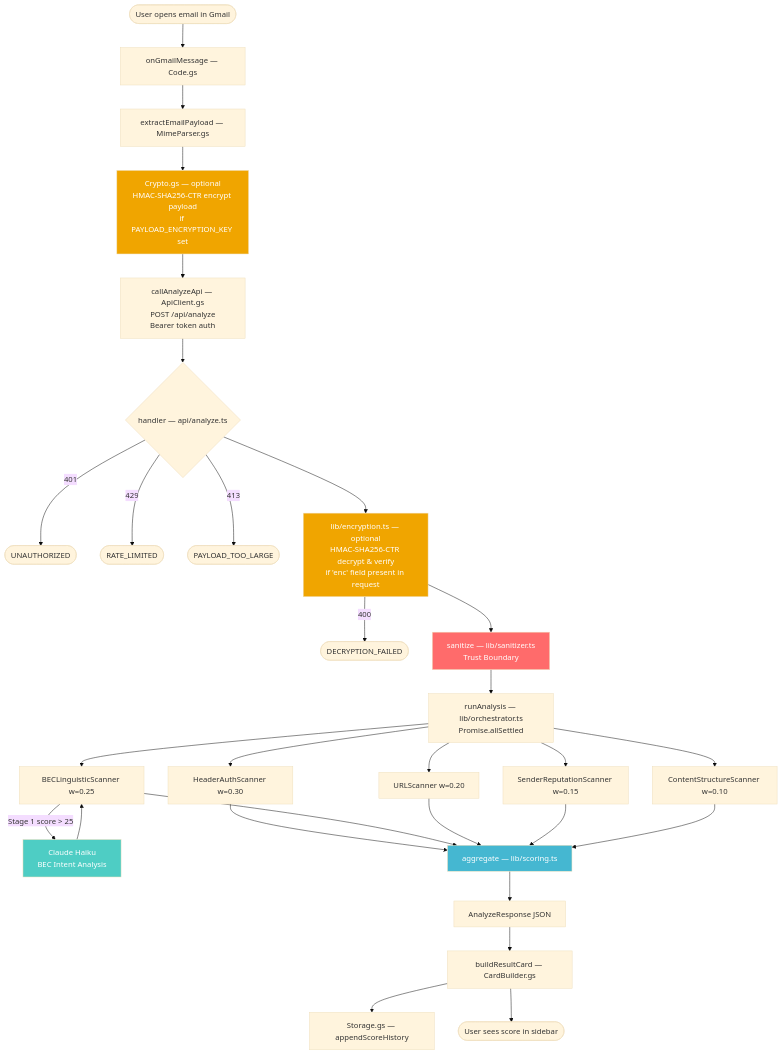
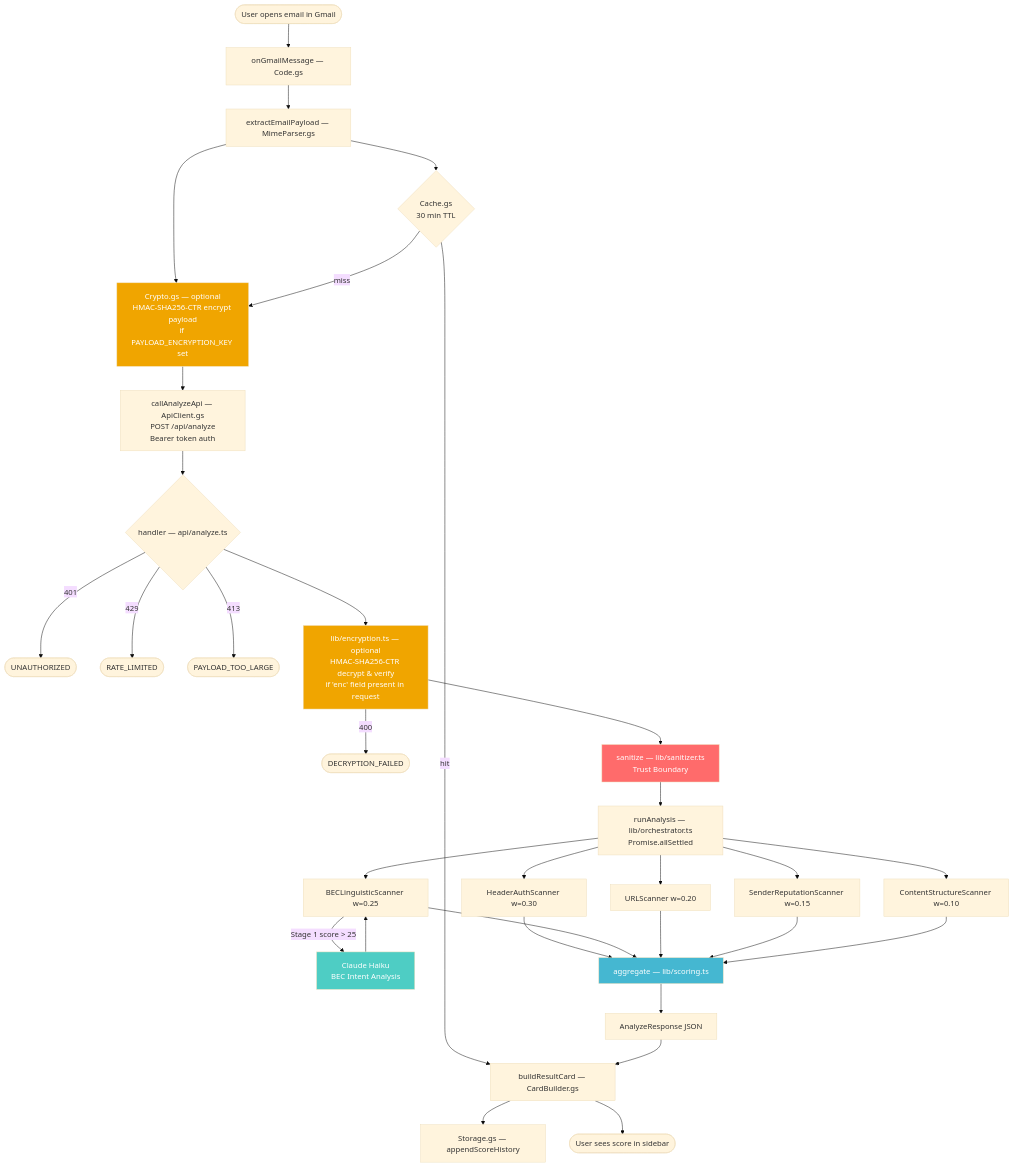
One commit to Guysu123/email-security-scorer changed the diagram in README.md. Above: the diagram before and after it, drawn with Mermaid (base theme). The commit also changed other lines of this file and 12 other files, not shown here.

````diff
--- a/README.md
+++ b/README.md
@@ -87,38 +88,43 @@
 ```mermaid
 flowchart TD
     A([User opens email in Gmail]) --> B[onGmailMessage — Code.gs]
     B --> C[extractEmailPayload — MimeParser.gs]
     C --> ENC[Crypto.gs — optional\nHMAC-SHA256-CTR encrypt payload\nif PAYLOAD_ENCRYPTION_KEY set]
+
+    C --> CACHE{Cache.gs\n30 min TTL}
+    CACHE -->|hit| K
+    CACHE -->|miss| ENC
+
     ENC --> D[callAnalyzeApi — ApiClient.gs\nPOST /api/analyze\nBearer token auth]
 
     D --> E{handler — api/analyze.ts}
     E -->|401| ERR1([UNAUTHORIZED])
     E -->|429| ERR2([RATE_LIMITED])
     E -->|413| ERR3([PAYLOAD_TOO_LARGE])
 
     E --> DEC[lib/encryption.ts — optional\nHMAC-SHA256-CTR decrypt & verify\nif 'enc' field present in request]
     DEC -->|400| ERR4([DECRYPTION_FAILED])
     DEC --> F[sanitize — lib/sanitizer.ts\nTrust Boundary]
     F --> G[runAnalysis — lib/orchestrator.ts\nPromise.allSettled]
 
     G --> H1[HeaderAuthScanner w=0.30]
     G --> H2[BECLinguisticScanner w=0.25]
     G --> H3[URLScanner w=0.20]
     G --> H4[SenderReputationScanner w=0.15]
     G --> H5[ContentStructureScanner w=0.10]
 
     H2 -->|Stage 1 score > 25| LLM[Claude Haiku\nBEC Intent Analysis]
     LLM --> H2
 
     H1 & H2 & H3 & H4 & H5 --> I[aggregate — lib/scoring.ts]
     I --> J[AnalyzeResponse JSON]
     J --> K[buildResultCard — CardBuilder.gs]
     K --> M[Storage.gs — appendScoreHistory]
     K --> L([User sees score in sidebar])
 
     style F fill:#ff6b6b,color:#fff
     style LLM fill:#4ecdc4,color:#fff
     style I fill:#45b7d1,color:#fff
     style ENC fill:#f0a500,color:#fff
     style DEC fill:#f0a500,color:#fff
 ```
````
